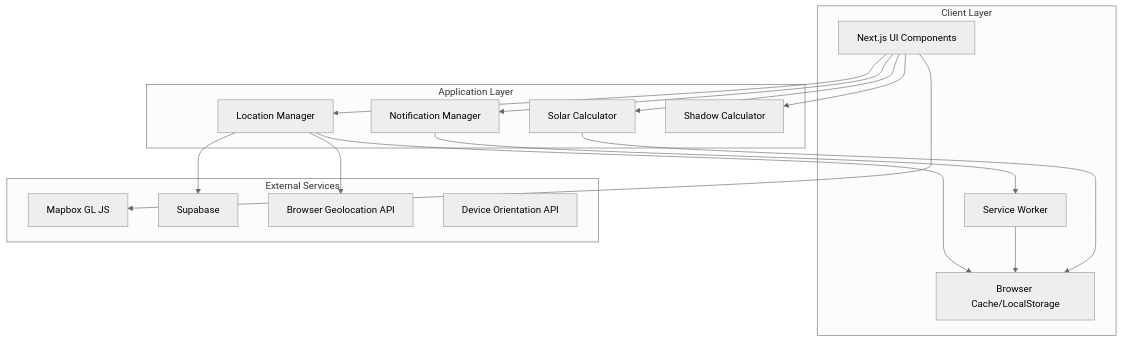
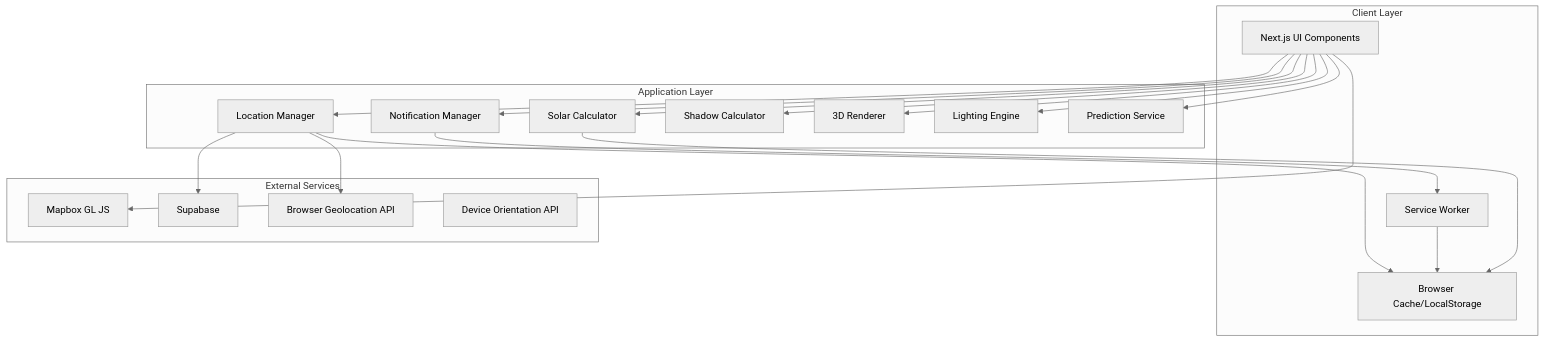
The diagram in .kiro/specs/sun-tracking-app/design.md (Projeckt-Bits/cineray-web), drawn with Mermaid (neutral theme) before and after one commit. The commit also changed other lines of this file and 7 other files, not shown here.

````diff
--- a/.kiro/specs/sun-tracking-app/design.md
+++ b/.kiro/specs/sun-tracking-app/design.md
@@ -13,37 +13,43 @@
 ```mermaid
 graph TB
     subgraph "Client Layer"
         UI[Next.js UI Components]
         SW[Service Worker]
         Cache[Browser Cache/LocalStorage]
     end
     
     subgraph "Application Layer"
         SC[Solar Calculator]
         LM[Location Manager]
         NM[Notification Manager]
         SM[Shadow Calculator]
+        3DR[3D Renderer]
+        LE[Lighting Engine]
+        PS[Prediction Service]
     end
     
     subgraph "External Services"
         MB[Mapbox GL JS]
         SB[Supabase]
         GEO[Browser Geolocation API]
         DO[Device Orientation API]
     end
     
     UI --> SC
     UI --> LM
     UI --> NM
     UI --> SM
+    UI --> 3DR
+    UI --> LE
+    UI --> PS
     UI --> MB
     
     LM --> SB
     LM --> GEO
     LM --> Cache
     
     NM --> SW
     SW --> Cache
     
     SC --> Cache
 ```
````
